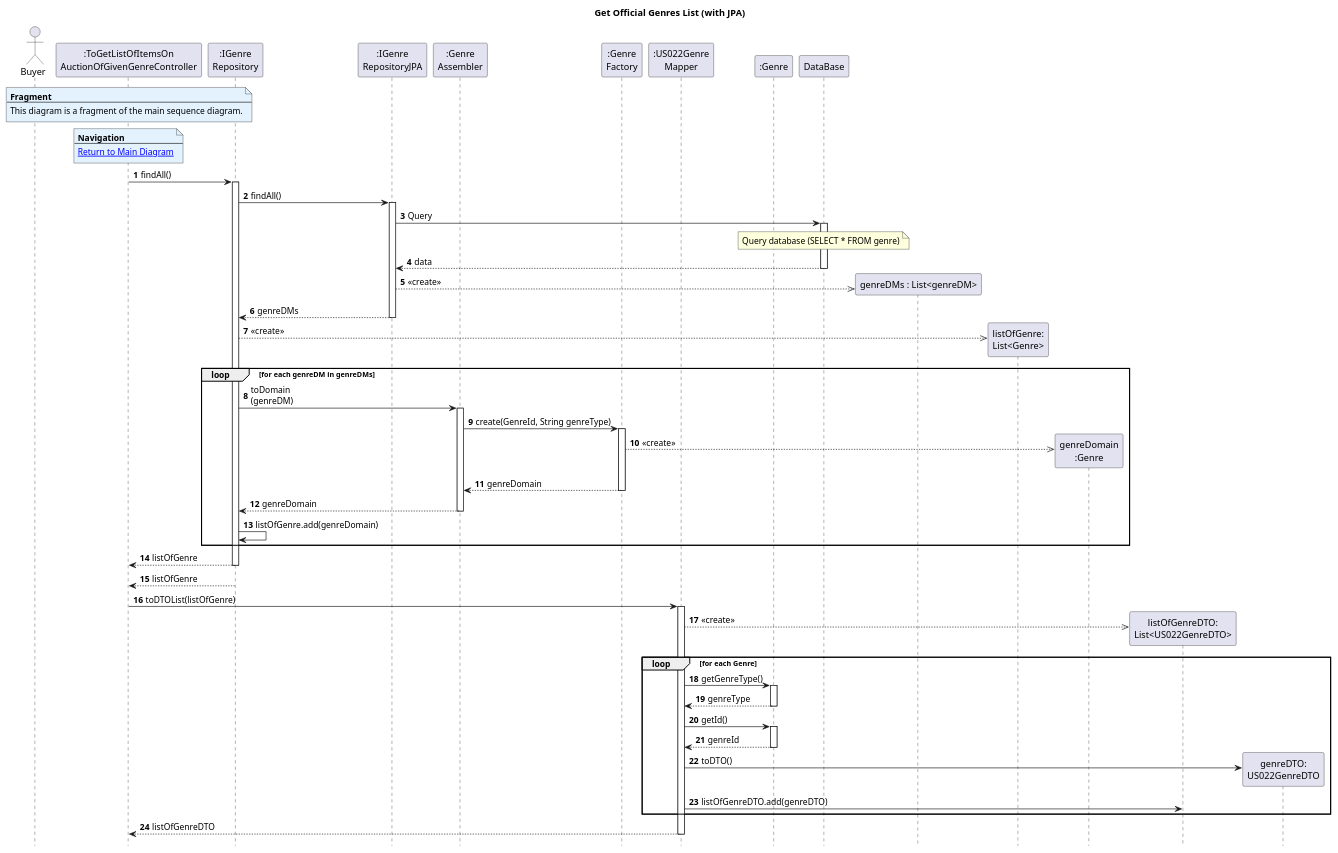
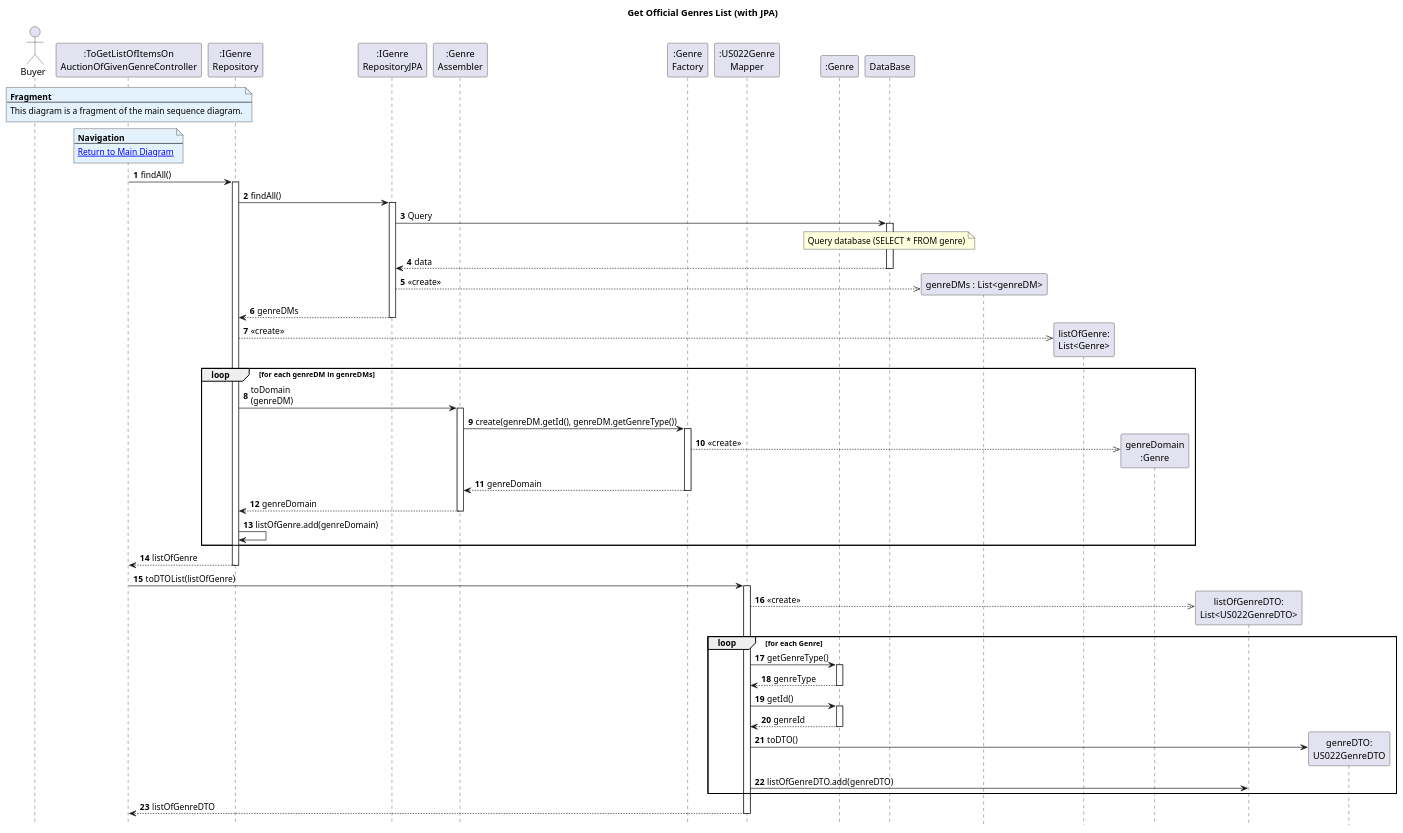
The diagram in Diagrams/SequenceDiagrams/N2/To-get-list-of-items-on-auction-of-a-given-genre/2.GetAllGenres.puml (AndrePereiraGitH/SWitCH-Project-Team_A), drawn with PlantUML before and after one commit.

Commit message:
Fix genre creation in GetAllGenres sequence diagram
Updated the sequence diagram to reflect changes in genre handling.

```diff
--- a/Diagrams/SequenceDiagrams/N2/To-get-list-of-items-on-auction-of-a-given-genre/2.GetAllGenres.puml
+++ b/Diagrams/SequenceDiagrams/N2/To-get-list-of-items-on-auction-of-a-given-genre/2.GetAllGenres.puml
@@ -1,105 +1,102 @@
 @startuml
 autonumber
 hide footbox
 title Get Official Genres List (with JPA)
 
 actor Buyer as User
 
 participant ":ToGetListOfItemsOn\nAuctionOfGivenGenreController" as C
 participant ":IGenre\nRepository" as GR
 participant ":IGenre\nRepositoryJPA" as GRJPA
 participant ":Genre\nAssembler" as Assembler
 participant ":Genre\nFactory" as Factory
 participant ":US022Genre\nMapper" as MAPPER
 participant ":Genre" as ENTITY
 participant "DataBase" as EM
 
 note over C #E3F2FD
 <b>Fragment</b>
 ---
 This diagram is a fragment of the main sequence diagram.
 end note
 
 note over C #E3F2FD
 <b>Navigation</b>
 ---
 [[1.MainDiagram.puml Return to Main Diagram]]
 end note
 
 C -> GR : findAll()
 activate GR
 
 GR -> GRJPA : findAll()
 activate GRJPA
 
 GRJPA -> EM : Query
 activate EM
 
 note over EM
 Query database (SELECT * FROM genre)
 end note
 
 EM --> GRJPA : data
 deactivate EM
 
 GRJPA -->> "genreDMs : List<genreDM>"** : <<create>>
 
 GRJPA --> GR : genreDMs
 deactivate GRJPA
 
 create "listOfGenre:\nList<Genre>" as listOfGenre
     GR -->> listOfGenre : <<create>>
 
 loop for each genreDM in genreDMs
     GR -> Assembler : toDomain\n(genreDM)
     activate Assembler
 
-    Assembler -> Factory : create(GenreId, String genreType)
+    Assembler -> Factory : create(genreDM.getId(), genreDM.getGenreType())
 
     activate Factory
 
     create "genreDomain\n:Genre" as genreDomain
     Factory -->> genreDomain : <<create>>
 
     Factory --> Assembler : genreDomain
     deactivate Factory
 
     Assembler --> GR : genreDomain
     deactivate Assembler
     GR -> GR : listOfGenre.add(genreDomain)
 end
-
-GR --> C : listOfGenre
-deactivate GR
 
 GR --> C : listOfGenre
 deactivate GR
 
 C -> MAPPER : toDTOList(listOfGenre)
 activate MAPPER
 
 create "listOfGenreDTO:\nList<US022GenreDTO>" as listDTO
 MAPPER -->> listDTO : <<create>>
 
 loop for each Genre
     MAPPER -> ENTITY : getGenreType()
     activate ENTITY
     ENTITY --> MAPPER : genreType
         deactivate ENTITY
     MAPPER -> ENTITY : getId()
     activate ENTITY
     ENTITY --> MAPPER : genreId
     deactivate ENTITY
 
 
     create "genreDTO:\nUS022GenreDTO" as genreDTO
     MAPPER -> genreDTO : toDTO()
 
     MAPPER -> listDTO : listOfGenreDTO.add(genreDTO)
 end
 
 MAPPER --> C : listOfGenreDTO
 deactivate MAPPER
 
 
 @enduml
```
